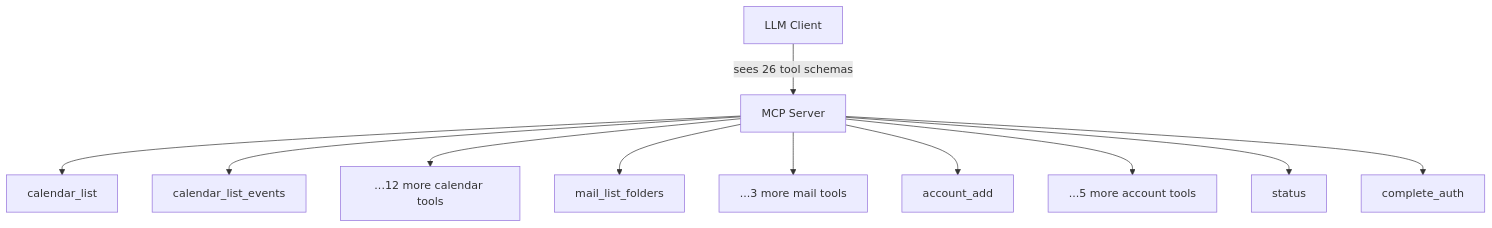
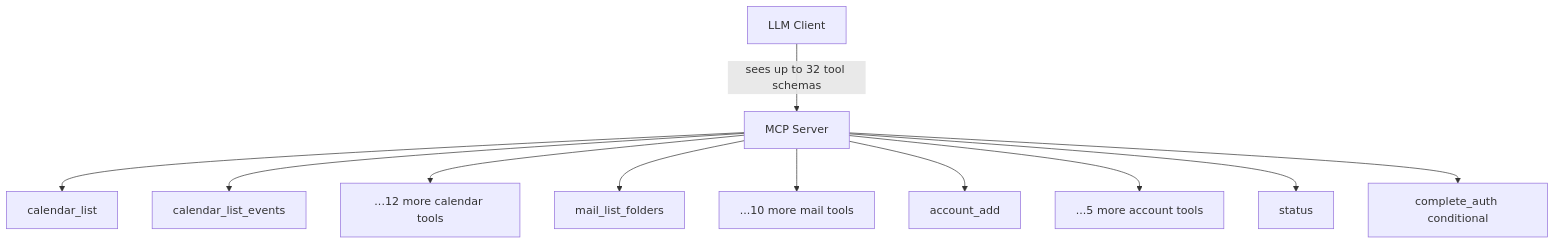
Before and after one commit to desek/outlook-local-mcp: the first of 3 diagrams in docs/cr/CR-0060-domain-aggregated-tools-with-verb-operations.md, drawn with Mermaid. The commit also changed other lines of this file and 32 other files, not shown here.

````diff
--- a/docs/cr/CR-0060-domain-aggregated-tools-with-verb-operations.md
+++ b/docs/cr/CR-0060-domain-aggregated-tools-with-verb-operations.md
@@ -46,13 +47,13 @@
 ```mermaid
 flowchart TD
-    Client[LLM Client] -->|sees 26 tool schemas| Server[MCP Server]
+    Client[LLM Client] -->|sees up to 32 tool schemas| Server[MCP Server]
     Server --> C1[calendar_list]
     Server --> C2[calendar_list_events]
     Server --> C3[...12 more calendar tools]
     Server --> M1[mail_list_folders]
-    Server --> M2[...3 more mail tools]
+    Server --> M2[...10 more mail tools]
     Server --> A1[account_add]
     Server --> A2[...5 more account tools]
     Server --> S1[status]
-    Server --> S2[complete_auth]
+    Server --> S2[complete_auth conditional]
 ```
````
